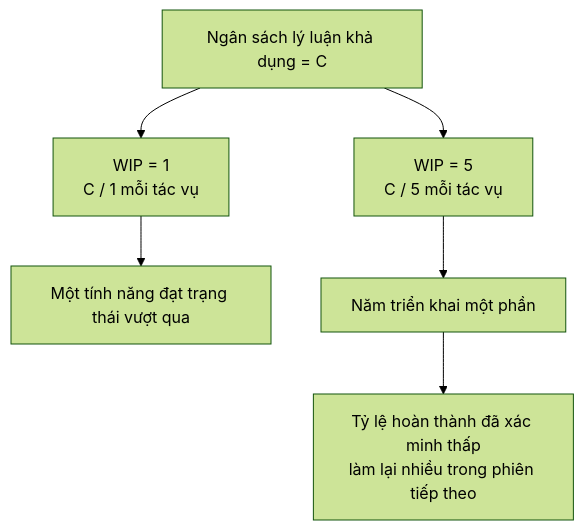
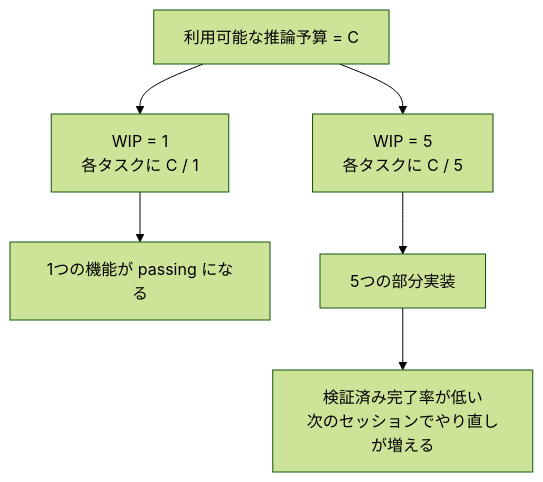
One commit to mkusaka/learn-harness-engineering changed the second of 2 diagrams in docs/vi/lectures/lecture-07-why-agents-overreach-and-under-finish/index.md. Above: the diagram before and after it, drawn with Mermaid (forest theme). The commit also changed other lines of this file and 571 other files, not shown here.

````diff
--- a/docs/vi/lectures/lecture-07-why-agents-overreach-and-under-finish/index.md
+++ b/docs/vi/lectures/lecture-07-why-agents-overreach-and-under-finish/index.md
@@ -43,9 +43,9 @@
 ```mermaid
 flowchart TB
-    Budget["Ngân sách lý luận khả dụng = C"] --> One["WIP = 1<br/>C / 1 mỗi tác vụ"]
-    Budget --> Many["WIP = 5<br/>C / 5 mỗi tác vụ"]
+    Budget["利用可能な推論予算 = C"] --> One["WIP = 1<br/>各タスクに C / 1"]
+    Budget --> Many["WIP = 5<br/>各タスクに C / 5"]
 
-    One --> Finish["Một tính năng đạt trạng thái vượt qua"]
-    Many --> Partial["Năm triển khai một phần"]
-    Partial --> VCR["Tỷ lệ hoàn thành đã xác minh thấp<br/>làm lại nhiều trong phiên tiếp theo"]
+    One --> Finish["1つの機能が passing になる"]
+    Many --> Partial["5つの部分実装"]
+    Partial --> VCR["検証済み完了率が低い<br/>次のセッションでやり直しが増える"]
 ```
````
